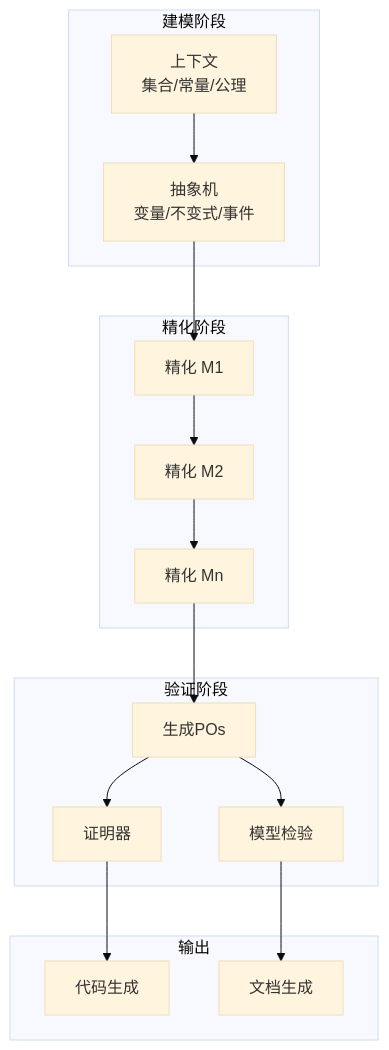
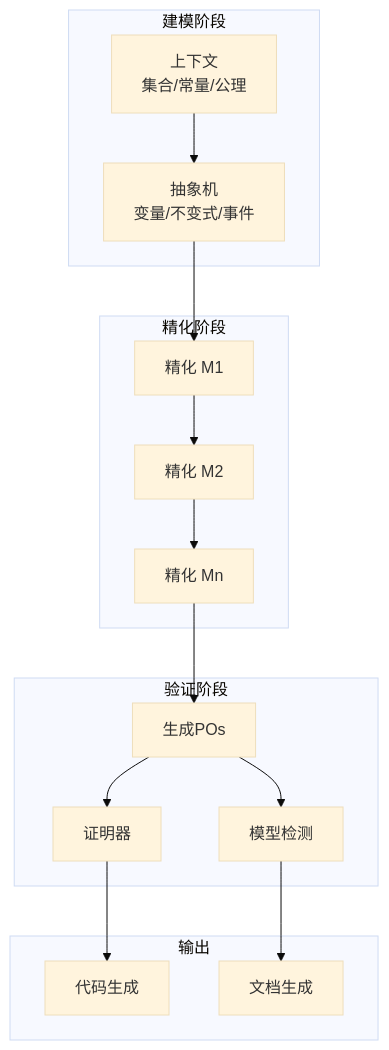
The third of 4 diagrams in formal-methods/05-verification/01-logic/02-event-b.md (AdaMartin18010/AnalysisDataFlow), drawn with Mermaid (base theme) before and after one commit. The commit also changed 129 other files, not shown here.

````diff
--- a/formal-methods/05-verification/01-logic/02-event-b.md
+++ b/formal-methods/05-verification/01-logic/02-event-b.md
@@ -236,34 +236,34 @@
 ```mermaid
 graph TB
     subgraph 建模阶段
         Context[上下文<br/>集合/常量/公理]
         Machine[抽象机<br/>变量/不变式/事件]
     end
 
     subgraph 精化阶段
         Refine1[精化 M1]
         Refine2[精化 M2]
         RefineN[精化 Mn]
     end
 
     subgraph 验证阶段
         POGen[生成POs]
         Prover[证明器]
-        ModelCheck[模型检验]
+        ModelCheck[模型检测]
     end
 
     subgraph 输出
         CodeGen[代码生成]
         DocGen[文档生成]
     end
 
     Context --> Machine
     Machine --> Refine1
     Refine1 --> Refine2
     Refine2 --> RefineN
     RefineN --> POGen
     POGen --> Prover
     POGen --> ModelCheck
     Prover --> CodeGen
     ModelCheck --> DocGen
 ```
````
